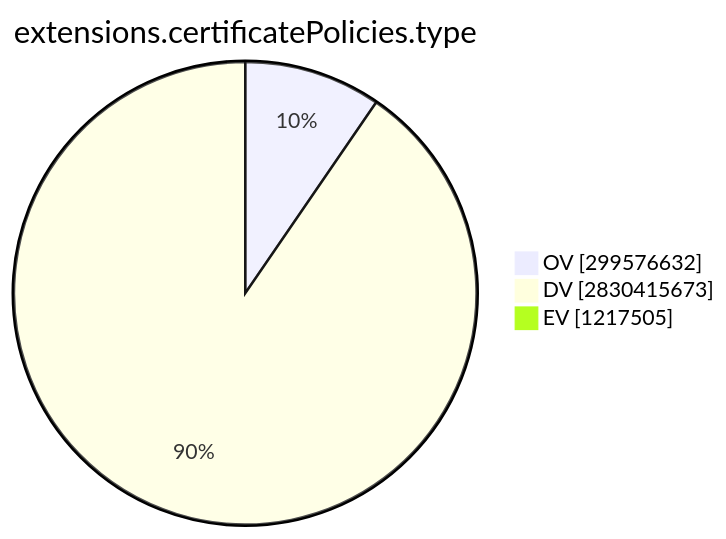
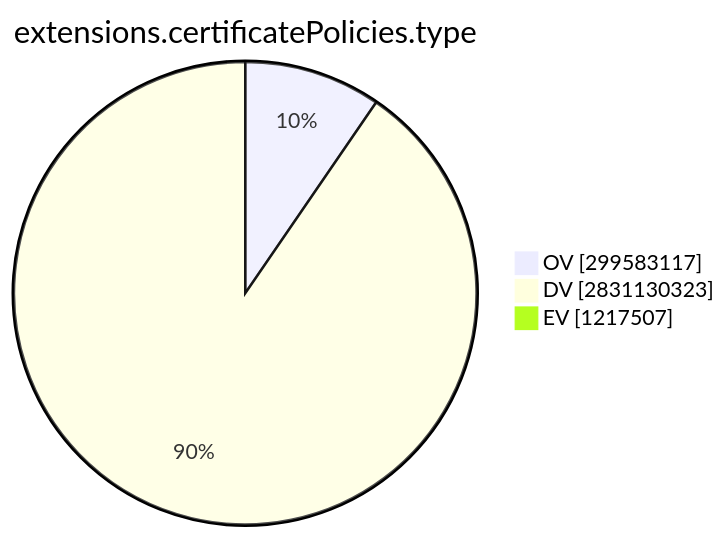
One commit to christiankrug/ctmonitor_visualization changed the ninth of 15 diagrams in TOTAL/README.md. Above: the diagram before and after it, drawn with Mermaid. The commit also changed other lines of this file, not shown here.

````diff
--- a/TOTAL/README.md
+++ b/TOTAL/README.md
@@ -3101,7 +3101,7 @@
 ```mermaid
 pie showData
 title extensions.certificatePolicies.type
-"OV" :299576632
-"DV" :2830415673
-"EV" :1217505
+"OV" :299583117
+"DV" :2831130323
+"EV" :1217507
 ```
````
